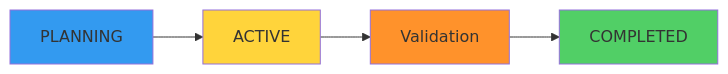
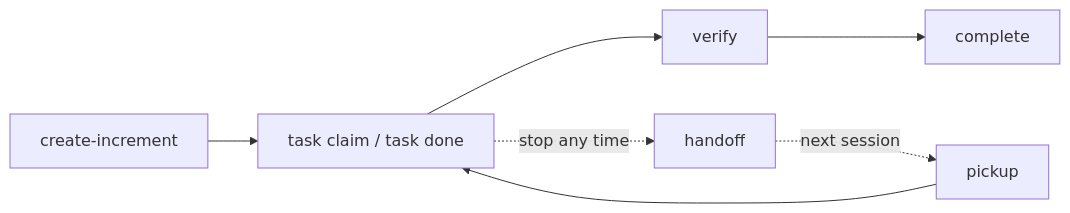
One commit to anton-abyzov/specweave changed the diagram in docs-site/docs/glossary/terms/increments.md. Above: the diagram before and after it, drawn with Mermaid. The commit also changed other lines of this file and 162 other files, not shown here.

````diff
--- a/docs-site/docs/glossary/terms/increments.md
+++ b/docs-site/docs/glossary/terms/increments.md
@@ -18,11 +32,9 @@
 ```mermaid
-graph LR
-    A[PLANNING] --> B[ACTIVE]
-    B --> C[Validation]
-    C --> D[COMPLETED]
-
-    style A fill:#339af0
-    style B fill:#ffd43b
-    style C fill:#ff922b
-    style D fill:#51cf66
+flowchart LR
+  A[create-increment] --> B[task claim / task done]
+  B --> C[verify]
+  C --> D[complete]
+  B -. stop any time .-> H[handoff]
+  H -. next session .-> P[pickup]
+  P --> B
 ```
````
